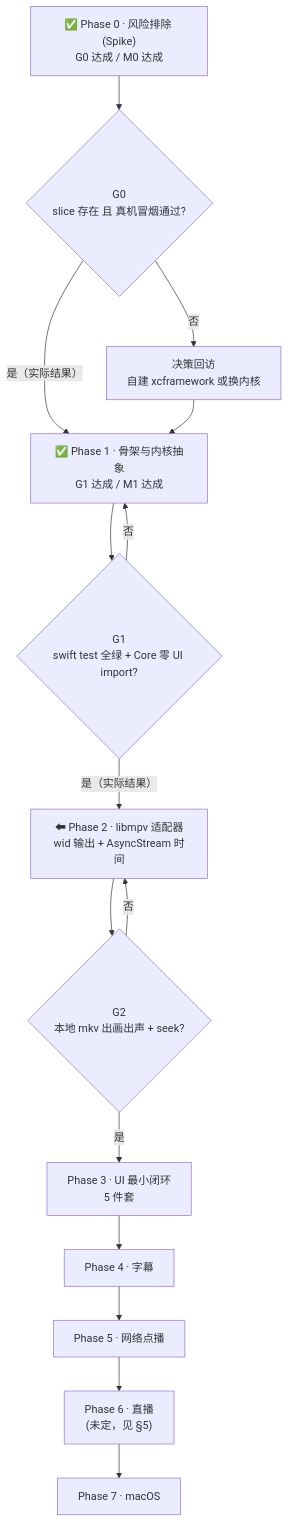
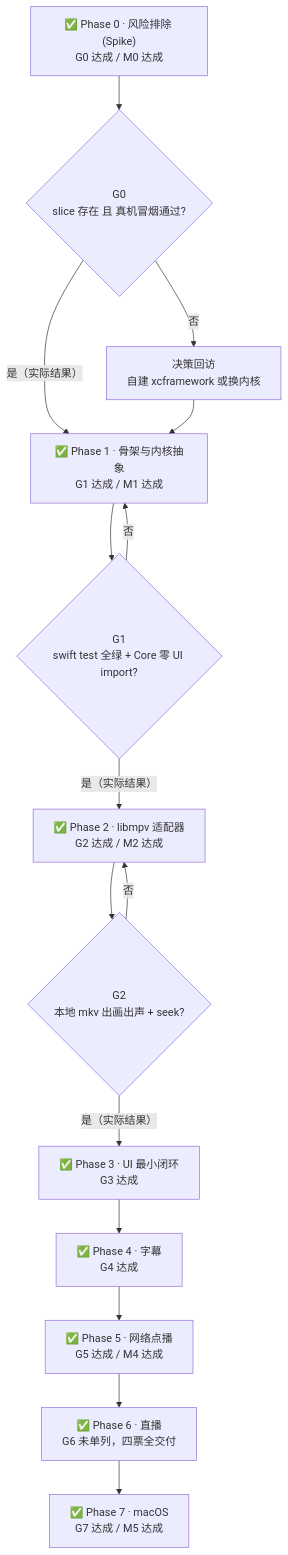
One commit to tangzzz-fan/playerlearning changed the diagram in docs/03-路线图.md. Above: the diagram before and after it, drawn with Mermaid. The commit also changed other lines of this file, not shown here.

First line of the commit message:
docs: 路线图总览/阶段表/未定项补正 —— 八个阶段全部关闭（此前 P3–P7 全写着"待开始"）

````diff
--- a/docs/03-路线图.md
+++ b/docs/03-路线图.md
@@ -11,17 +12,17 @@
 ```mermaid
 flowchart TD
     P0["✅ Phase 0 · 风险排除 (Spike)<br/>G0 达成 / M0 达成"] --> G0{"G0<br/>slice 存在 且 真机冒烟通过?"}
     G0 -- 是（实际结果） --> P1
     G0 -- 否 --> D0["决策回访<br/>自建 xcframework 或换内核"]
     D0 --> P1
     P1["✅ Phase 1 · 骨架与内核抽象<br/>G1 达成 / M1 达成"] --> G1{"G1<br/>swift test 全绿 + Core 零 UI import?"}
     G1 -- 是（实际结果） --> P2
     G1 -- 否 --> P1
-    P2["⬅ Phase 2 · libmpv 适配器<br/>wid 输出 + AsyncStream 时间"] --> G2{"G2<br/>本地 mkv 出画出声 + seek?"}
+    P2["✅ Phase 2 · libmpv 适配器<br/>G2 达成 / M2 达成"] --> G2{"G2<br/>本地 mkv 出画出声 + seek?"}
     G2 -- 否 --> P2
-    G2 -- 是 --> P3["Phase 3 · UI 最小闭环<br/>5 件套"]
-    P3 --> P4["Phase 4 · 字幕"]
-    P4 --> P5["Phase 5 · 网络点播"]
-    P5 --> P6["Phase 6 · 直播<br/>(未定，见 §5)"]
-    P6 --> P7["Phase 7 · macOS"]
+    G2 -- 是（实际结果） --> P3["✅ Phase 3 · UI 最小闭环<br/>G3 达成"]
+    P3 --> P4["✅ Phase 4 · 字幕<br/>G4 达成"]
+    P4 --> P5["✅ Phase 5 · 网络点播<br/>G5 达成 / M4 达成"]
+    P5 --> P6["✅ Phase 6 · 直播<br/>G6 未单列，四票全交付"]
+    P6 --> P7["✅ Phase 7 · macOS<br/>G7 达成 / M5 达成"]
 ```
````
